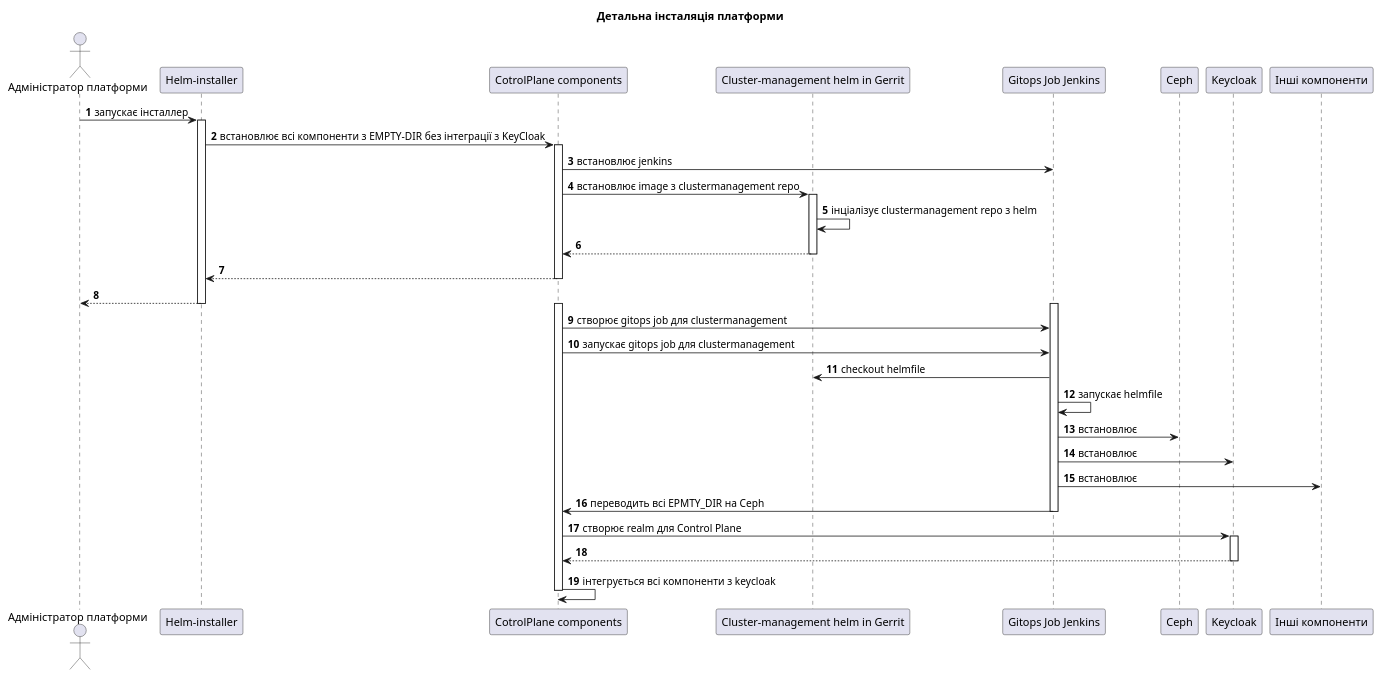
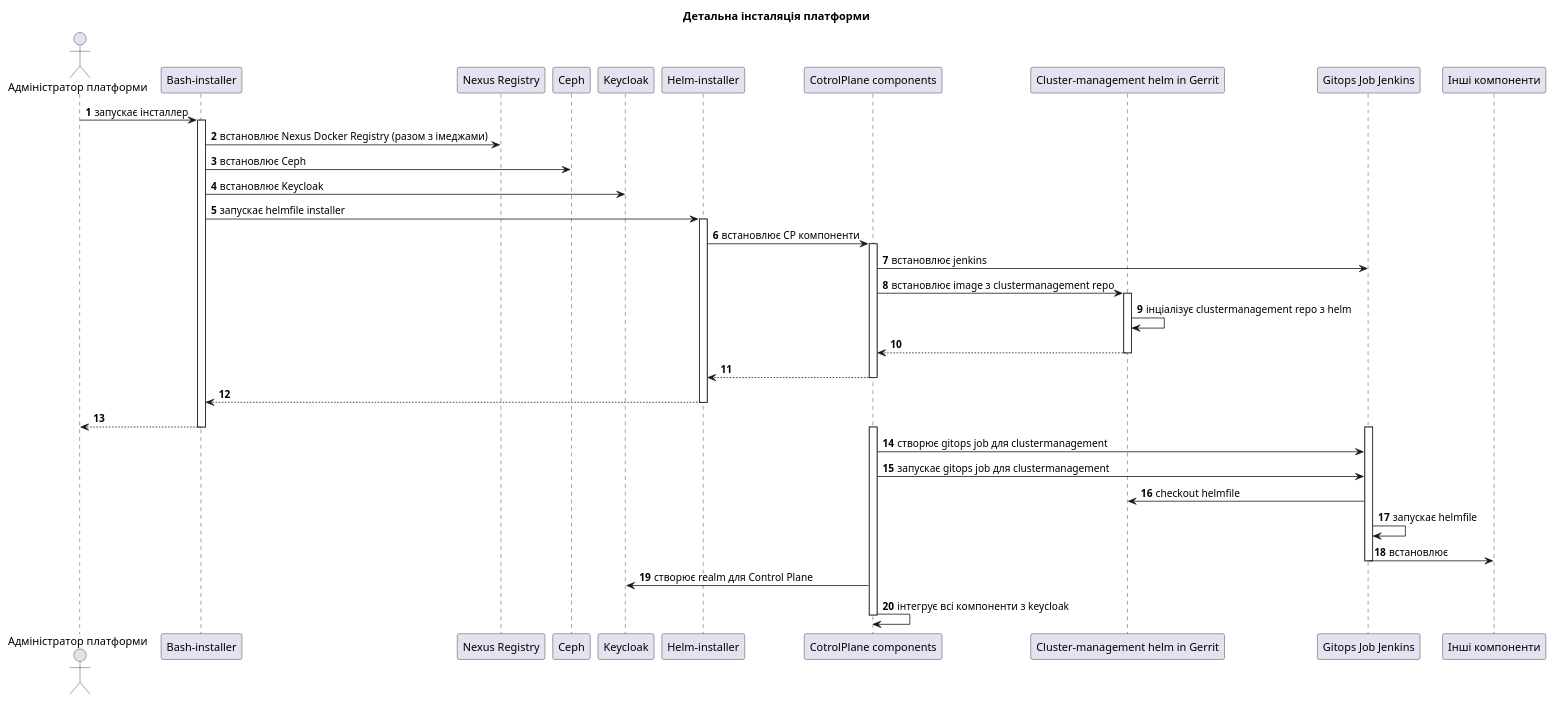
One commit to epam/edp-ddm-architecture changed the diagram in modules/ROOT/partials/infrastructure/ddm-control-plane-installation-details.puml. Above: the diagram before and after it, drawn with PlantUML.

Commit message:
updated platform installation diagram

```diff
--- a/modules/ROOT/partials/infrastructure/ddm-control-plane-installation-details.puml
+++ b/modules/ROOT/partials/infrastructure/ddm-control-plane-installation-details.puml
@@ -1,43 +1,46 @@
 @startuml
 actor "Адміністратор платформи" as admin  order 10
-participant "Helm-installer" as installer  order 20
-participant "CotrolPlane components" as cp  order 30
-participant "Cluster-management helm in Gerrit" as gerrit  order 40
-participant "Gitops Job Jenkins" as jenkins  order 50
-participant "Ceph" as ceph  order 60
-participant "Keycloak" as keycloak  order 70
-participant "Інші компоненти" as other  order 80
+participant "Bash-installer" as bashInstaller  order 20
+participant "Nexus Registry" as nexus  order 30
+participant "Ceph" as ceph  order 30
+participant "Keycloak" as keycloak  order 40
+participant "Helm-installer" as installer  order 50
+participant "CotrolPlane components" as cp  order 60
+participant "Cluster-management helm in Gerrit" as gerrit  order 70
+participant "Gitops Job Jenkins" as jenkins  order 80
+participant "Інші компоненти" as other  order 90
 
 title Детальна інсталяція платформи
 autonumber
 
-admin -> installer: запускає інсталлер
-activate installer
-  installer -> cp: встановлює всі компоненти з EMPTY-DIR без інтеграції з KeyCloak
-  activate cp
-    cp -> jenkins: встановлює jenkins
-    cp -> gerrit: встановлює image з clustermanagement repo
-    activate gerrit
-      gerrit -> gerrit: інціалізує clustermanagement repo з helm
+admin -> bashInstaller: запускає інсталлер
+activate bashInstaller
+    bashInstaller -> nexus: встановлює Nexus Docker Registry (разом з імеджами)
+    bashInstaller -> ceph: встановлює Ceph
+    bashInstaller -> keycloak: встановлює Keycloak
+    bashInstaller -> installer: запускає helmfile installer
+    activate installer
+        installer -> cp: встановлює CP компоненти
+        activate cp
+            cp -> jenkins: встановлює jenkins
+            cp -> gerrit: встановлює image з clustermanagement repo
+            activate gerrit
+                gerrit -> gerrit: інціалізує clustermanagement repo з helm
+            return
+        return
     return
-  return
 return
 activate cp
   activate jenkins
     cp -> jenkins: створює gitops job для clustermanagement
     cp -> jenkins: запускає gitops job для clustermanagement
     jenkins -> gerrit: checkout helmfile
     jenkins -> jenkins: запускає helmfile
-    jenkins -> ceph: встановлює
-    jenkins -> keycloak: встановлює
     jenkins -> other: встановлює
-    jenkins -> cp: переводить всі EPMTY_DIR на Ceph
   deactivate jenkins
   cp -> keycloak: створює realm для Control Plane
-  activate keycloak
-  return
-  cp -> cp: інтегрується всі компоненти з keycloak
+  cp -> cp: інтегрує всі компоненти з keycloak
 deactivate cp
 
 
 @enduml
```
